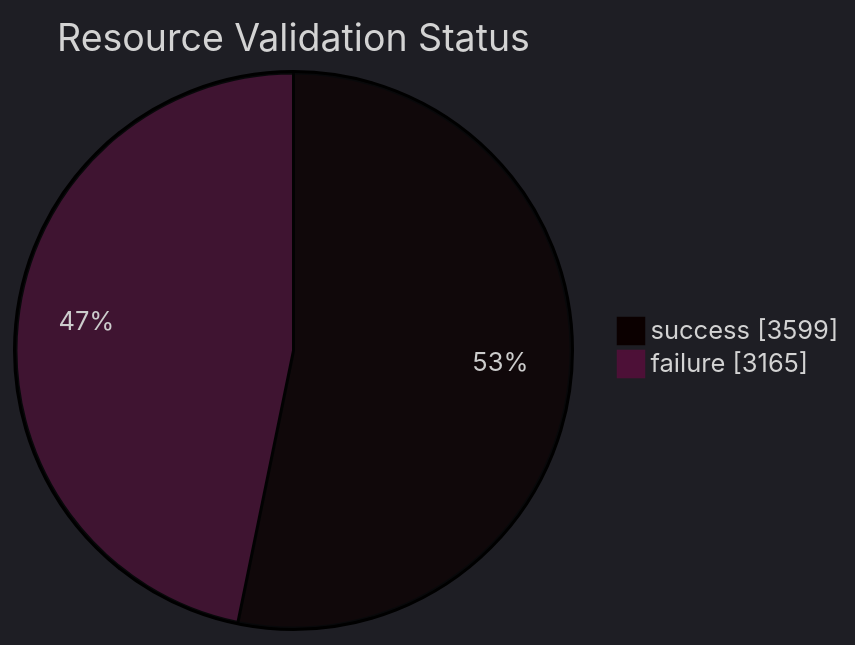
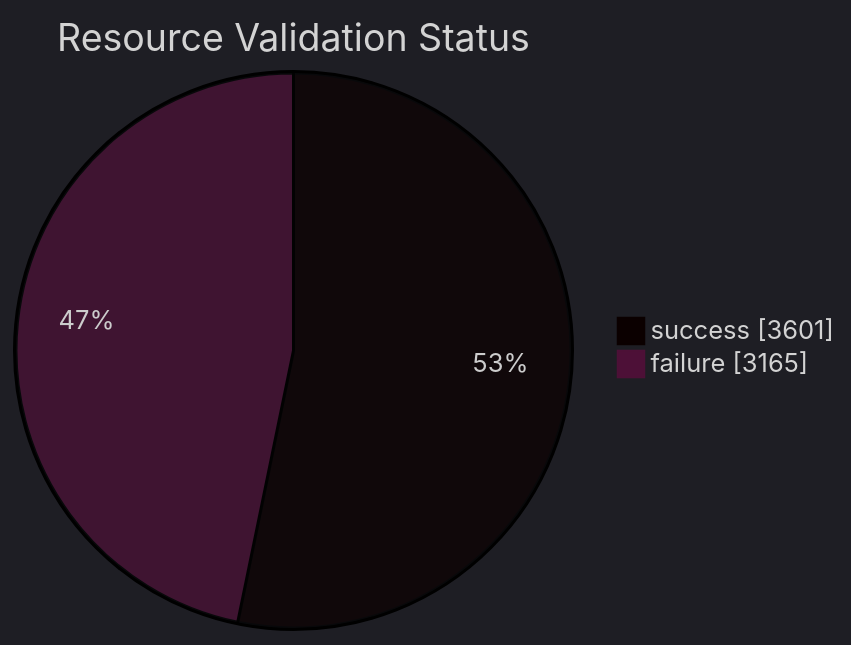
Before and after one commit to open-data/analytics-corporate-reporting: the diagram in datastore_tracker/resource_validation_status_pie_chart.md, drawn with Mermaid. The commit also changed 9 other files, not shown here.

````diff
--- a/datastore_tracker/resource_validation_status_pie_chart.md
+++ b/datastore_tracker/resource_validation_status_pie_chart.md
@@ -2,9 +2,9 @@
 ```mermaid
 ---
 config:
   theme: dark
 ---
 pie showData title Resource Validation Status
-    "success": 3599
+    "success": 3601
     "failure": 3165
 ```
````
